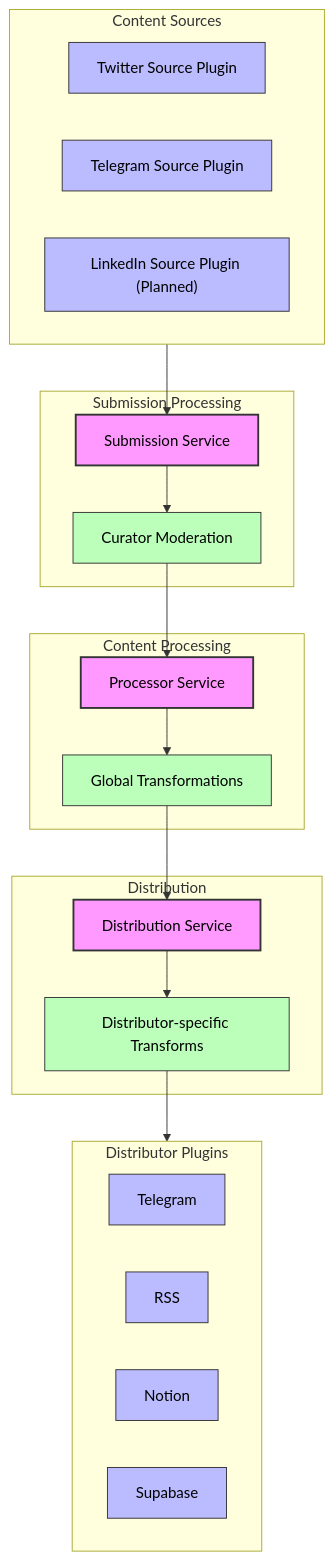
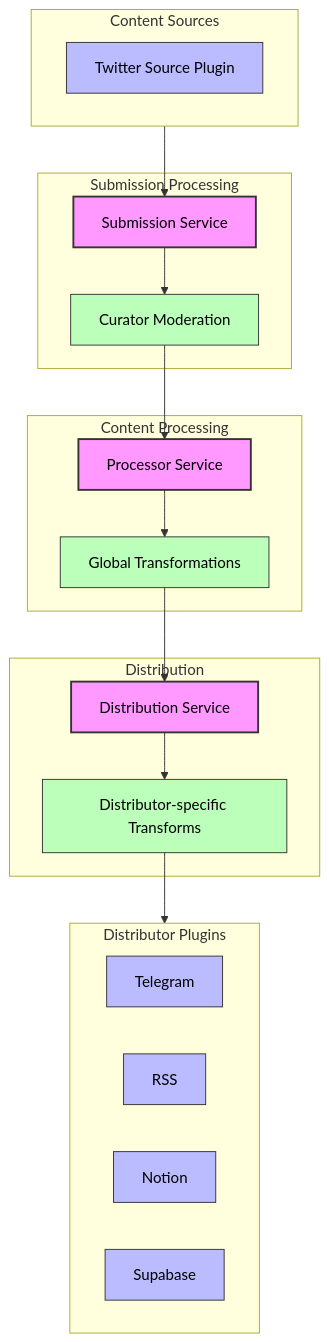
The diagram in README.md (elliotBraem/efizzybot), drawn with Mermaid before and after one commit. The commit also changed 76 other files, not shown here.

````diff
--- a/README.md
+++ b/README.md
@@ -70,66 +70,62 @@
 ```mermaid
 graph TD
     %% Content Sources
     subgraph Sources["Content Sources"]
         Twitter["Twitter Source Plugin"]
-        Telegram["Telegram Source Plugin"]
-        LinkedIn["LinkedIn Source Plugin (Planned)"]
         style Twitter color:black
-        style Telegram color:black
-        style LinkedIn color:black
     end
     
     %% Submission Processing
     subgraph Submission["Submission Processing"]
         SubmissionService["Submission Service"]
         Moderation["Curator Moderation"]
         style SubmissionService color:black
         style Moderation color:black
     end
     
     %% Content Processing
     subgraph Processing["Content Processing"]
         ProcessorService["Processor Service"]
         GlobalTransform["Global Transformations"]
         style ProcessorService color:black
         style GlobalTransform color:black
     end
     
     %% Distribution
     subgraph Distribution["Distribution"]
         DistributionService["Distribution Service"]
         DistTransform["Distributor-specific Transforms"]
         style DistributionService color:black
         style DistTransform color:black
     end
     
     %% Distributor Plugins
     subgraph Distributors["Distributor Plugins"]
-        TelegramDist["Telegram"]
+        Telegram["Telegram"]
         RSS["RSS"]
         Notion["Notion"]
         Supabase["Supabase"]
-        style TelegramDist color:black
+        style Telegram color:black
         style RSS color:black
         style Notion color:black
         style Supabase color:black
     end
     
     %% Flow connections
     Sources --> SubmissionService
     SubmissionService --> Moderation
     Moderation --> ProcessorService
     ProcessorService --> GlobalTransform
     GlobalTransform --> DistributionService
     DistributionService --> DistTransform
     DistTransform --> Distributors
     
     %% Styling
     classDef service fill:#f9f,stroke:#333,stroke-width:2px
     classDef plugin fill:#bbf,stroke:#333,stroke-width:1px
     classDef process fill:#bfb,stroke:#333,stroke-width:1px
     
     class SubmissionService,ProcessorService,DistributionService service
-    class Twitter,Telegram,LinkedIn,TelegramDist,RSS,Notion,Supabase plugin
+    class Twitter,Telegram,RSS,Notion,Supabase plugin
     class Moderation,GlobalTransform,DistTransform process
 ```
````
